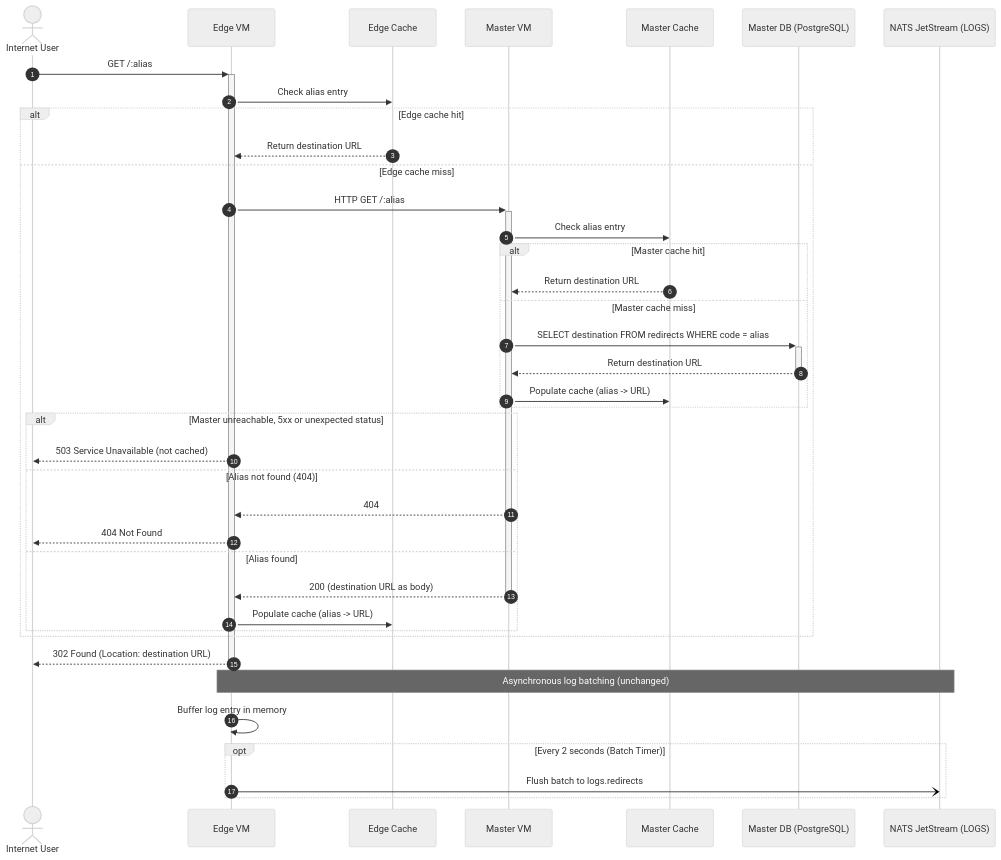
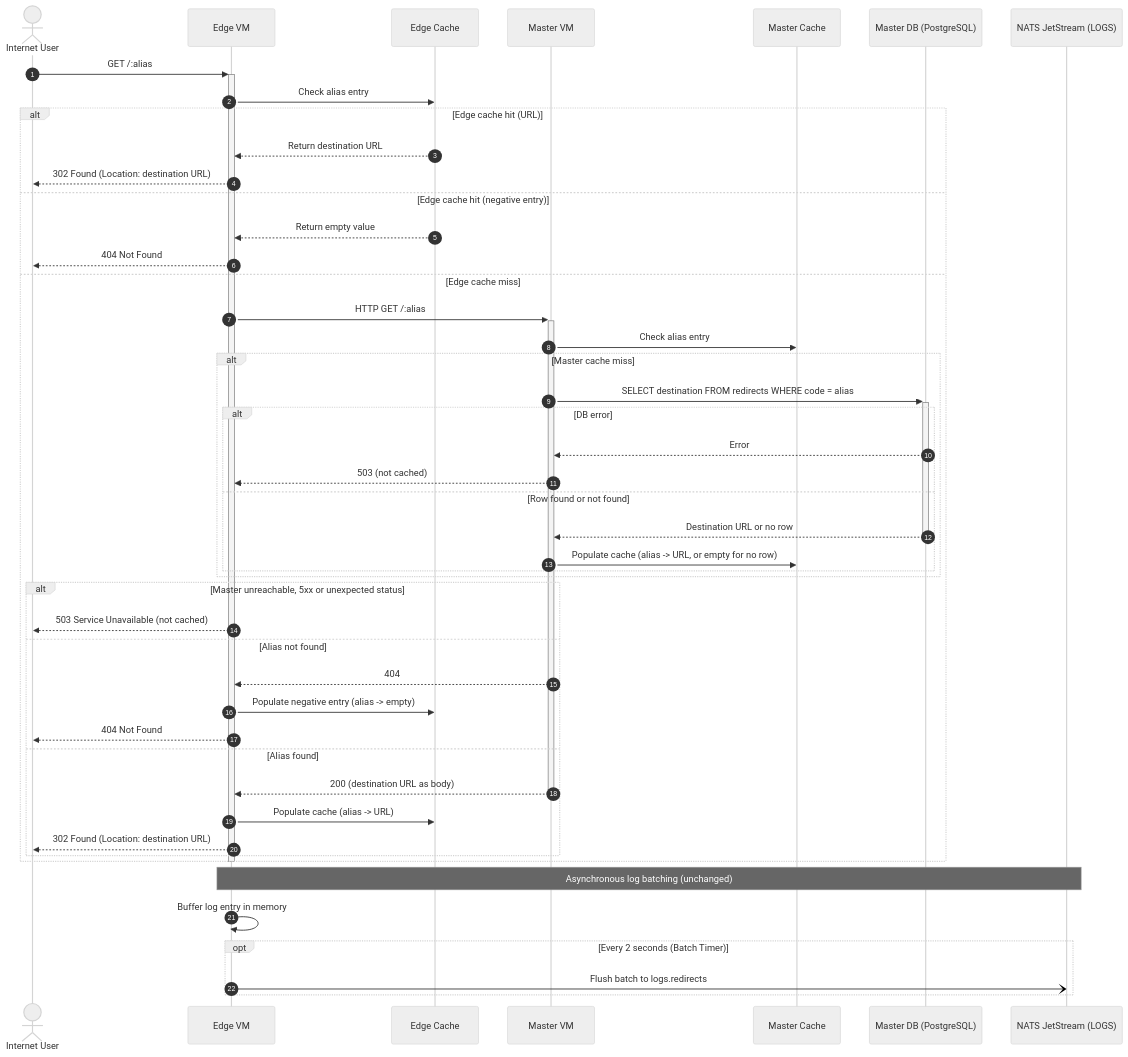
Before and after one commit to AyushmanTripathy/url-shortener: the second of 12 diagrams in Readme.md, drawn with Mermaid (neutral theme). The commit also changed other lines of this file, not shown here.

Commit message:
docs: Fix Revision 4 redirect sequence diagram for negative caching

````diff
--- a/Readme.md
+++ b/Readme.md
@@ -87,43 +87,52 @@
 ```mermaid
 sequenceDiagram
     autonumber
     actor User as Internet User
     participant Edge as Edge VM
     participant ECache as Edge Cache
     participant Master as Master VM
     participant MCache as Master Cache
     participant DB as Master DB (PostgreSQL)
     participant NATS as NATS JetStream (LOGS)
 
     User->>+Edge: GET /:alias
     Edge->>ECache: Check alias entry
-    alt Edge cache hit
+    alt Edge cache hit (URL)
         ECache-->>Edge: Return destination URL
+        Edge-->>User: 302 Found (Location: destination URL)
+    else Edge cache hit (negative entry)
+        ECache-->>Edge: Return empty value
+        Edge-->>User: 404 Not Found
     else Edge cache miss
         Edge->>+Master: HTTP GET /:alias
         Master->>MCache: Check alias entry
-        alt Master cache hit
-            MCache-->>Master: Return destination URL
-        else Master cache miss
+        alt Master cache miss
             Master->>+DB: SELECT destination FROM redirects WHERE code = alias
-            DB-->>-Master: Return destination URL
-            Master->>MCache: Populate cache (alias -> URL)
+            alt DB error
+                DB-->>Master: Error
+                Master-->>Edge: 503 (not cached)
+            else Row found or not found
+                DB-->>-Master: Destination URL or no row
+                Master->>MCache: Populate cache (alias -> URL, or empty for no row)
+            end
         end
         alt Master unreachable, 5xx or unexpected status
             Edge-->>User: 503 Service Unavailable (not cached)
-        else Alias not found (404)
+        else Alias not found
             Master-->>Edge: 404
+            Edge->>ECache: Populate negative entry (alias -> empty)
             Edge-->>User: 404 Not Found
         else Alias found
             Master-->>-Edge: 200 (destination URL as body)
             Edge->>ECache: Populate cache (alias -> URL)
+            Edge-->>User: 302 Found (Location: destination URL)
         end
     end
-    Edge-->>-User: 302 Found (Location: destination URL)
+    deactivate Edge
 
     Note over Edge,NATS: Asynchronous log batching (unchanged)
     Edge->>Edge: Buffer log entry in memory
     opt Every 2 seconds (Batch Timer)
         Edge-)NATS: Flush batch to logs.redirects
     end
 ```
````
